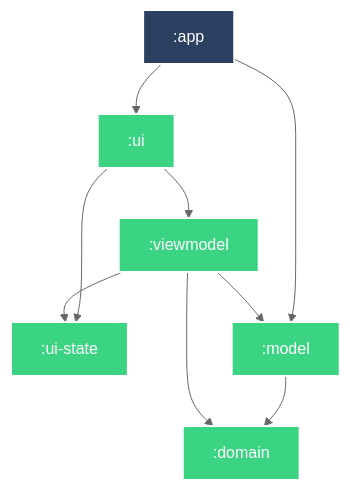
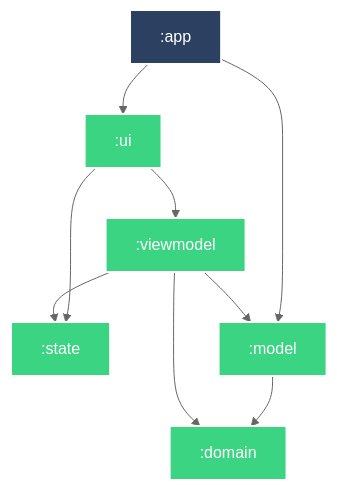
Before and after one commit to JustBurrow/template-android-app: the diagram in README.md, drawn with Mermaid.

Commit message:
📝 모듈 그래프 업데이트.

````diff
--- a/README.md
+++ b/README.md
@@ -22,27 +22,27 @@
 ```mermaid
 %%{
   init: {
     'theme': 'neutral'
   }
 }%%
 
 graph TB
   :ui --> :viewmodel
-  :ui --> :ui-state
+  :ui --> :state
   :model --> :domain
   :app --> :model
   :app --> :ui
-  :viewmodel --> :ui-state
+  :viewmodel --> :state
   :viewmodel --> :model
   :viewmodel --> :domain
 
 classDef android-library fill:#3BD482,stroke:#fff,stroke-width:2px,color:#fff;
 classDef android-application fill:#2C4162,stroke:#fff,stroke-width:2px,color:#fff;
 class :ui android-library
 class :viewmodel android-library
-class :ui-state android-library
+class :state android-library
 class :model android-library
 class :domain android-library
 class :app android-application
 
 ```
````
